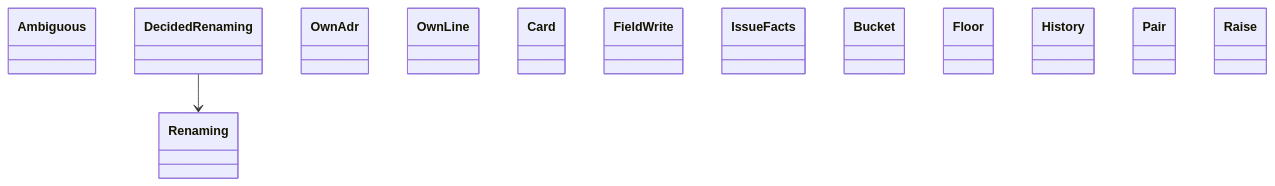
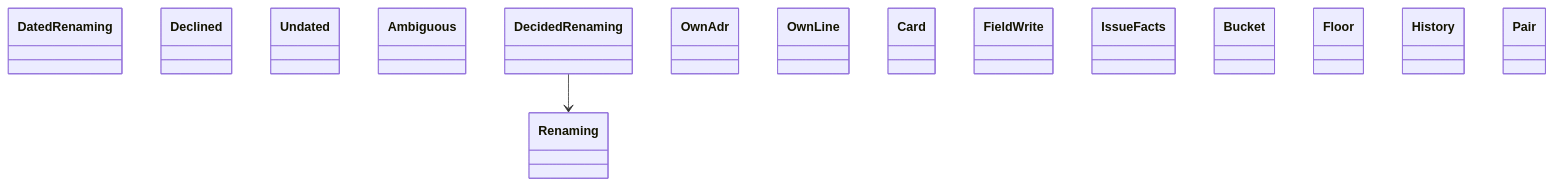
The diagram in docs/architecture/generated/classes-process-domain-landing-1.md (GonzaloZevallos/agentic-system), drawn with Mermaid before and after one commit. The commit also changed 12 other files, not shown here.

First line of the commit message:
Add the Undated trigger and the first-date read for dated ADR products

````diff
--- a/docs/architecture/generated/classes-process-domain-landing-1.md
+++ b/docs/architecture/generated/classes-process-domain-landing-1.md
@@ -23,17 +23,19 @@
 ```mermaid
 classDiagram
+    class adr_dated__DatedRenaming["DatedRenaming"]
+    class adr_dated__Declined["Declined"]
+    class adr_dated__Undated["Undated"]
     class adr_numbers__Ambiguous["Ambiguous"]
     class adr_numbers__DecidedRenaming["DecidedRenaming"]
     class adr_numbers__OwnAdr["OwnAdr"]
     class adr_numbers__OwnLine["OwnLine"]
     class adr_numbers__Renaming["Renaming"]
     class board__Card["Card"]
     class board__FieldWrite["FieldWrite"]
     class board__IssueFacts["IssueFacts"]
     class cost_history__Bucket["Bucket"]
     class cost_history__Floor["Floor"]
     class cost_history__History["History"]
     class cost_history__Pair["Pair"]
-    class cost_history__Raise["Raise"]
     adr_numbers__DecidedRenaming --> adr_numbers__Renaming
 ```
````
